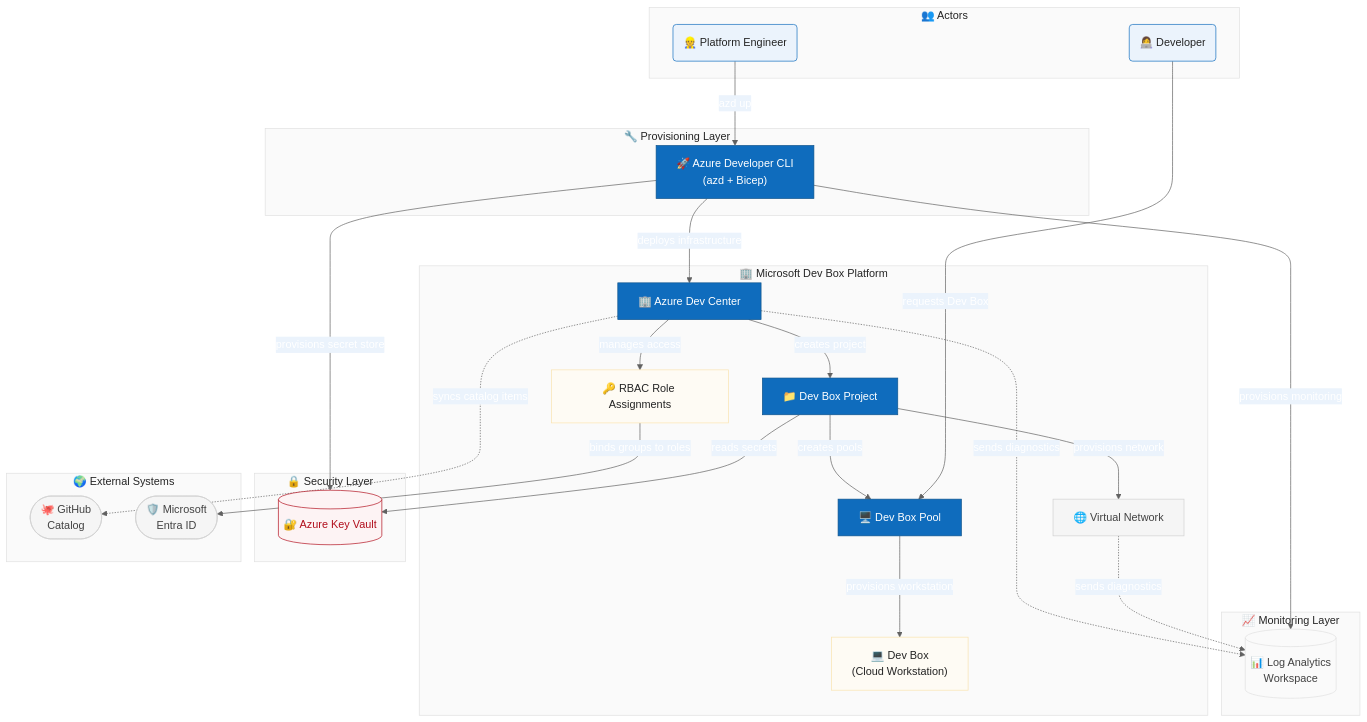
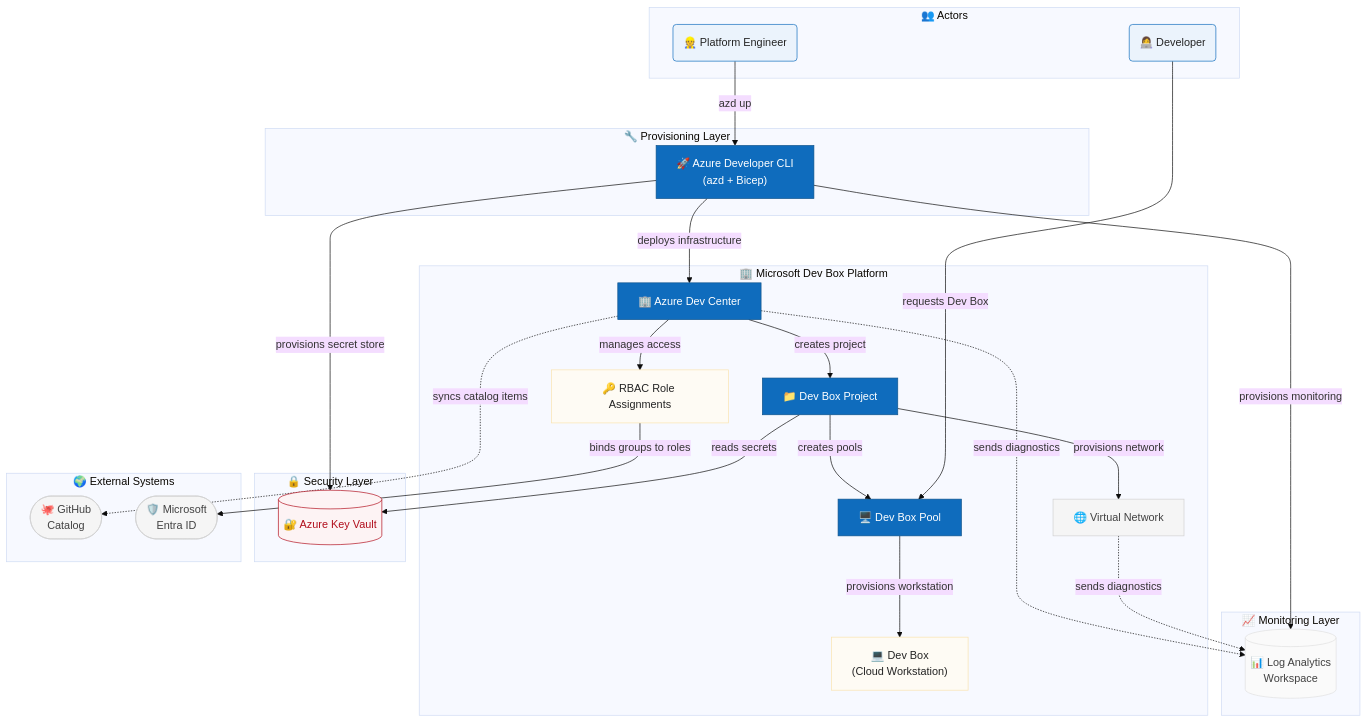
The diagram in README.md (Evilazaro/DevExp-DevBox), drawn with Mermaid before and after one commit.

Commit message:
Refactor diagram configuration in README.md for improved color management and consistency

```diff
--- a/README.md
+++ b/README.md
@@ -78,29 +78,27 @@
   align: center
   fontFamily: "Segoe UI, Verdana, sans-serif"
   fontSize: 16
+  textColor: "#242424"
+  primaryColor: "#0f6cbd"           # colorBrandBackground (brandWeb[80])
+  primaryTextColor: "#FFFFFF"       # colorNeutralForegroundOnBrand
+  primaryBorderColor: "#0f548c"     # colorBrandBackground3Static (brandWeb[60])
+  secondaryColor: "#ebf3fc"         # colorBrandBackground2 (brandWeb[160])
+  secondaryTextColor: "#242424"     # colorNeutralForeground1 (grey[14])
+  secondaryBorderColor: "#0f6cbd"   # colorBrandStroke1 (brandWeb[80])
+  tertiaryColor: "#f5f5f5"          # colorNeutralBackground3 (grey[96])
+  tertiaryTextColor: "#424242"      # colorNeutralForeground2 (grey[26])
+  tertiaryBorderColor: "#d1d1d1"    # colorNeutralStroke1 (grey[82])
+  noteBkgColor: "#fefbf4"           # colorPaletteMarigoldBackground1 (marigold.tint60)
+  noteTextColor: "#242424"          # colorNeutralForeground1 (grey[14])
+  noteBorderColor: "#f9e2ae"        # colorPaletteMarigoldBorder1 (marigold.tint40)
+  lineColor: "#616161"              # colorNeutralStrokeAccessible (grey[38])
+  background: "#FFFFFF"             # colorNeutralBackground1
   edgeLabelBackground: "#FFFFFF"    # colorNeutralBackground1
-  noteBkgColor: "#fefbf4"           # colorPaletteMarigoldBackground1 (marigold.tint60)
-  noteBorderColor: "#f9e2ae"        # colorPaletteMarigoldBorder1 (marigold.tint40)
-  noteTextColor: "#242424"          # colorNeutralForeground1 (grey[14])
-  themeVariables:
-    primaryColor: "#0f6cbd"           # colorBrandBackground (brandWeb[80])
-    primaryTextColor: "#FFFFFF"       # colorNeutralForegroundOnBrand
-    primaryBorderColor: "#0f548c"     # colorBrandBackground3Static (brandWeb[60])
-    secondaryColor: "#ebf3fc"         # colorBrandBackground2 (brandWeb[160])
-    secondaryTextColor: "#242424"     # colorNeutralForeground1 (grey[14])
-    secondaryBorderColor: "#0f6cbd"   # colorBrandStroke1 (brandWeb[80])
-    tertiaryColor: "#f5f5f5"          # colorNeutralBackground3 (grey[96])
-    tertiaryTextColor: "#424242"      # colorNeutralForeground2 (grey[26])
-    tertiaryBorderColor: "#d1d1d1"    # colorNeutralStroke1 (grey[82])
-
-
-    lineColor: "#616161"              # colorNeutralStrokeAccessible (grey[38])
-    background: "#FFFFFF"             # colorNeutralBackground1
-    clusterBkg: "#fafafa"             # colorNeutralBackground2 (grey[98])
-    clusterBorder: "#e0e0e0"          # colorNeutralStroke2 (grey[88])
-    titleColor: "#242424"             # colorNeutralForeground1 (grey[14])
-    errorBkgColor: "#fdf3f4"          # colorStatusDangerBackground1 (cranberry.tint60)
-    errorTextColor: "#b10e1c"         # colorStatusDangerForeground1 (cranberry.shade10)
+  clusterBkg: "#fafafa"             # colorNeutralBackground2 (grey[98])
+  clusterBorder: "#e0e0e0"          # colorNeutralStroke2 (grey[88])
+  titleColor: "#242424"             # colorNeutralForeground1 (grey[14])
+  errorBkgColor: "#fdf3f4"          # colorStatusDangerBackground1 (cranberry.tint60)
+  errorTextColor: "#b10e1c"         # colorStatusDangerForeground1 (cranberry.shade10)
 ---
 flowchart TB
 
```
